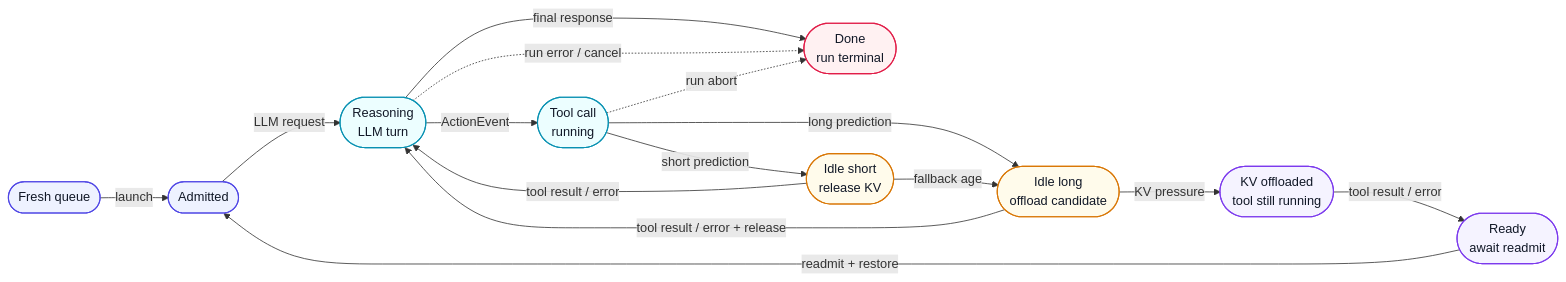
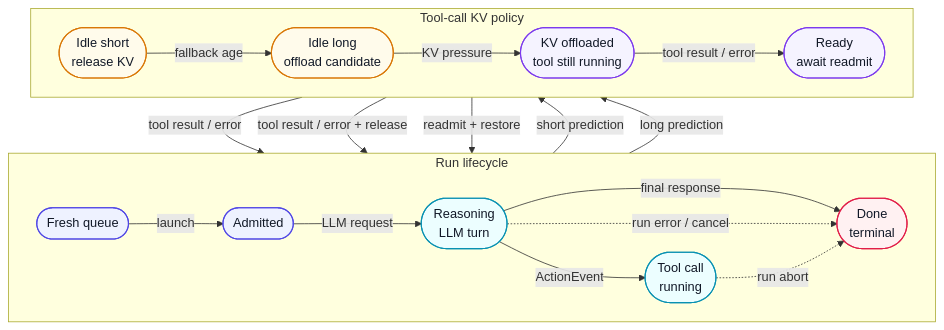
One commit to javenjwzhao-coder/agent-concurrency changed the seventh of 8 diagrams in docs/agent_kv_offload_architecture.md. Above: the diagram before and after it, drawn with Mermaid.

Commit message:
Balance agent state diagram layout

````diff
--- a/docs/agent_kv_offload_architecture.md
+++ b/docs/agent_kv_offload_architecture.md
@@ -224,44 +224,48 @@
 ```mermaid
-%%{init: {"flowchart": {"curve": "basis", "nodeSpacing": 34, "rankSpacing": 38}} }%%
-flowchart LR
-    queued([Fresh queue])
-    admitted([Admitted])
-    reasoning([Reasoning<br/>LLM turn])
-    tool([Tool call<br/>running])
-    done([Done<br/>run terminal])
+%%{init: {"flowchart": {"curve": "basis", "nodeSpacing": 28, "rankSpacing": 46}} }%%
+flowchart TB
+    subgraph run["Run lifecycle"]
+        direction LR
+        queued([Fresh queue])
+        admitted([Admitted])
+        reasoning([Reasoning<br/>LLM turn])
+        tool([Tool call<br/>running])
+        done([Done<br/>terminal])
 
-    short([Idle short<br/>release KV])
-    long([Idle long<br/>offload candidate])
-    offloaded([KV offloaded<br/>tool still running])
-    ready([Ready<br/>await readmit])
+        queued -->|launch| admitted -->|LLM request| reasoning
+        reasoning -->|ActionEvent| tool
+        reasoning -->|final response| done
+        reasoning -.->|run error / cancel| done
+        tool -.->|run abort| done
+    end
 
-    queued -->|launch| admitted -->|LLM request| reasoning
-    reasoning -->|ActionEvent| tool
-    reasoning -->|final response| done
-    reasoning -.->|run error / cancel| done
+    subgraph policy["Tool-call KV policy"]
+        direction LR
+        short([Idle short<br/>release KV])
+        long([Idle long<br/>offload candidate])
+        offloaded([KV offloaded<br/>tool still running])
+        ready([Ready<br/>await readmit])
+
+        short -->|fallback age| long
+        long -->|KV pressure| offloaded
+        offloaded -->|tool result / error| ready
+    end
 
     tool -->|short prediction| short
     tool -->|long prediction| long
-    tool -.->|run abort| done
-
     short -->|tool result / error| reasoning
-    short -->|fallback age| long
-
     long -->|tool result / error + release| reasoning
-    long -->|KV pressure| offloaded
-
-    offloaded -->|tool result / error| ready
     ready -->|readmit + restore| admitted
 
     classDef queue fill:#eef2ff,stroke:#4f46e5,stroke-width:1.4px,color:#111827
     classDef active fill:#ecfeff,stroke:#0891b2,stroke-width:1.4px,color:#111827
     classDef policy fill:#fffbeb,stroke:#d97706,stroke-width:1.4px,color:#111827
     classDef offload fill:#f5f3ff,stroke:#7c3aed,stroke-width:1.4px,color:#111827
     classDef terminal fill:#fff1f2,stroke:#e11d48,stroke-width:1.4px,color:#111827
 
     class queued,admitted queue
     class reasoning,tool active
     class short,long policy
     class offloaded,ready offload
     class done terminal
 ```
````
